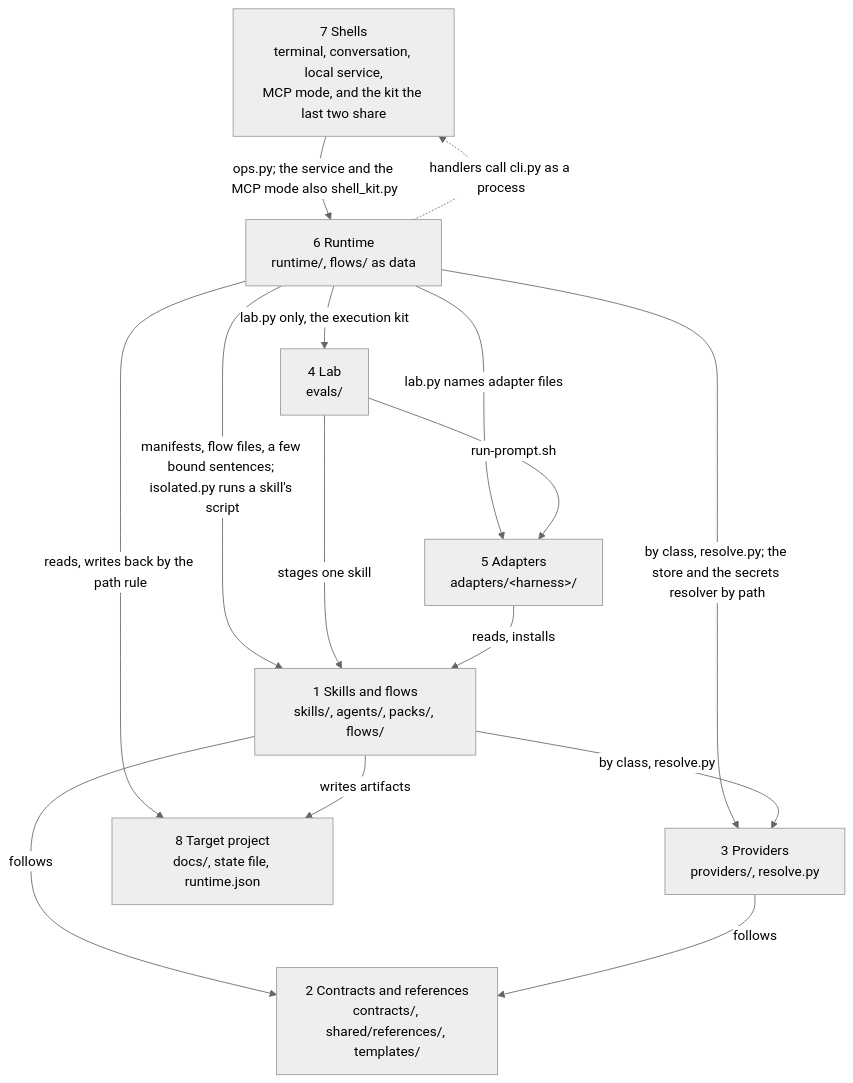
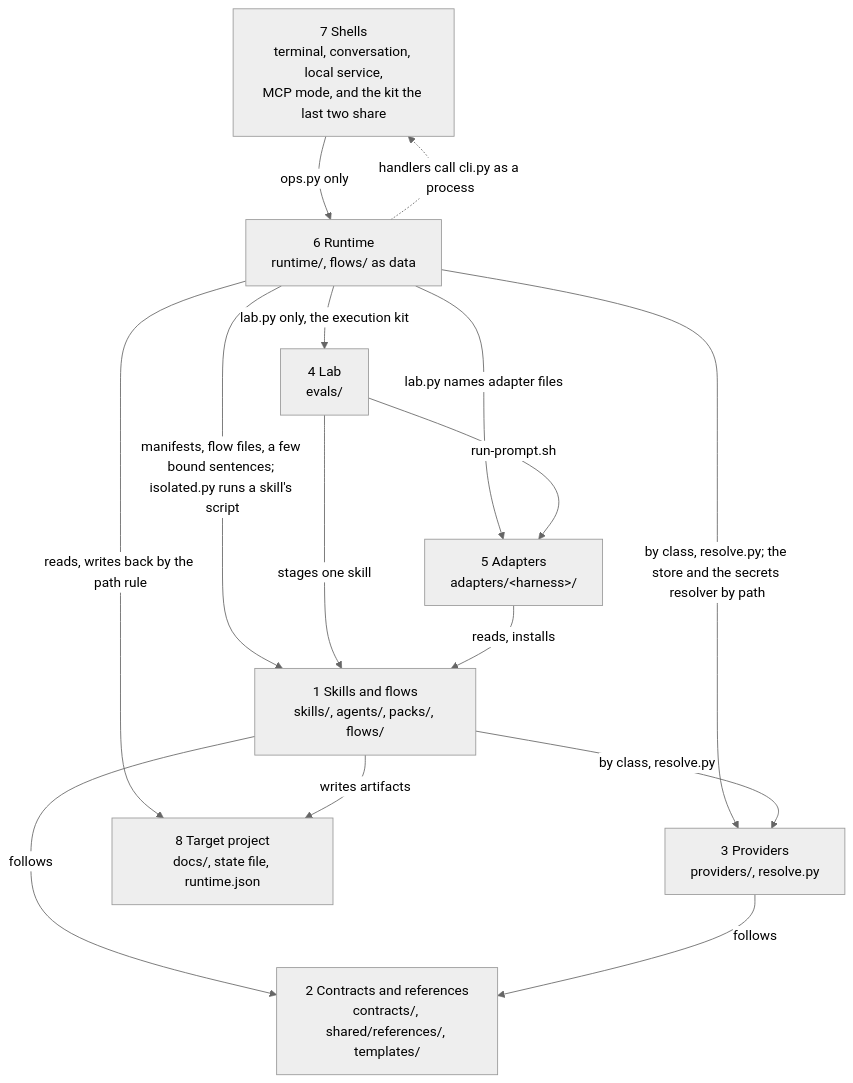
Before and after one commit to chrissgon/ai-workbench: the first of 2 diagrams in docs/architecture/platform/README.md, drawn with Mermaid (neutral theme). The commit also changed other lines of this file and 1 other file, not shown here.

First line of the commit message:
docs(architecture): two closed rows leave runtime.md, the kit label, the config lock term (WP-D.6)

````diff
--- a/docs/architecture/platform/README.md
+++ b/docs/architecture/platform/README.md
@@ -69,26 +69,26 @@
 ```mermaid
 flowchart TB
     L7["7 Shells<br/>terminal, conversation, local service,<br/>MCP mode, and the kit the last two share"]
     L6["6 Runtime<br/>runtime/, flows/ as data"]
     L5["5 Adapters<br/>adapters/&lt;harness&gt;/"]
     L4["4 Lab<br/>evals/"]
     L3["3 Providers<br/>providers/, resolve.py"]
     L2["2 Contracts and references<br/>contracts/, shared/references/, templates/"]
     L1["1 Skills and flows<br/>skills/, agents/, packs/, flows/"]
     L8["8 Target project<br/>docs/, state file, runtime.json"]
 
-    L7 -->|"ops.py; the service and the MCP mode also shell_kit.py"| L6
+    L7 -->|"ops.py only"| L6
     L6 -.->|"handlers call cli.py as a process"| L7
     L6 -->|"lab.py only, the execution kit"| L4
     L6 -->|"lab.py names adapter files"| L5
     L6 -->|"by class, resolve.py; the store and the secrets resolver by path"| L3
     L6 -->|"manifests, flow files, a few bound sentences; isolated.py runs a skill's script"| L1
     L6 -->|"reads, writes back by the path rule"| L8
     L4 -->|"stages one skill"| L1
     L4 -->|"run-prompt.sh"| L5
     L5 -->|"reads, installs"| L1
     L1 -->|"follows"| L2
     L3 -->|"follows"| L2
     L1 -->|"writes artifacts"| L8
     L1 -->|"by class, resolve.py"| L3
 ```
````
